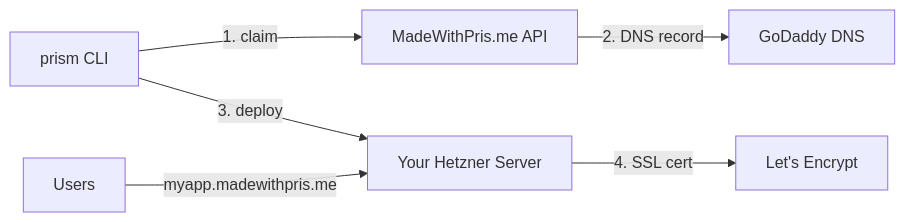
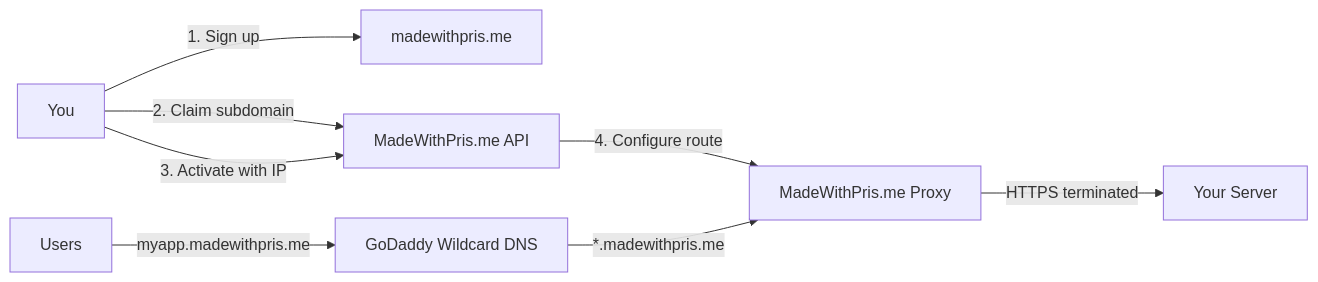
Before and after one commit to Lasse-numerous/prisme-saas: the diagram in docs/index.md, drawn with Mermaid. The commit also changed other lines of this file and 7 other files, not shown here.

First line of the commit message:
docs: update existing documentation for proxy architecture

````diff
--- a/docs/index.md
+++ b/docs/index.md
@@ -20,8 +20,11 @@
 ```mermaid
 flowchart LR
-    CLI[prism CLI] -->|1. claim| API[MadeWithPris.me API]
-    API -->|2. DNS record| DNS[GoDaddy DNS]
-    CLI -->|3. deploy| Server[Your Hetzner Server]
-    Server -->|4. SSL cert| LE[Let's Encrypt]
-    Browser[Users] -->|myapp.madewithpris.me| Server
+    User[You] -->|1. Sign up| Web[madewithpris.me]
+    User -->|2. Claim subdomain| API[MadeWithPris.me API]
+    User -->|3. Activate with IP| API
+    API -->|4. Configure route| Proxy[MadeWithPris.me Proxy]
+
+    Browser[Users] -->|myapp.madewithpris.me| DNS[GoDaddy Wildcard DNS]
+    DNS -->|*.madewithpris.me| Proxy
+    Proxy -->|HTTPS terminated| Server[Your Server]
 ```
````
